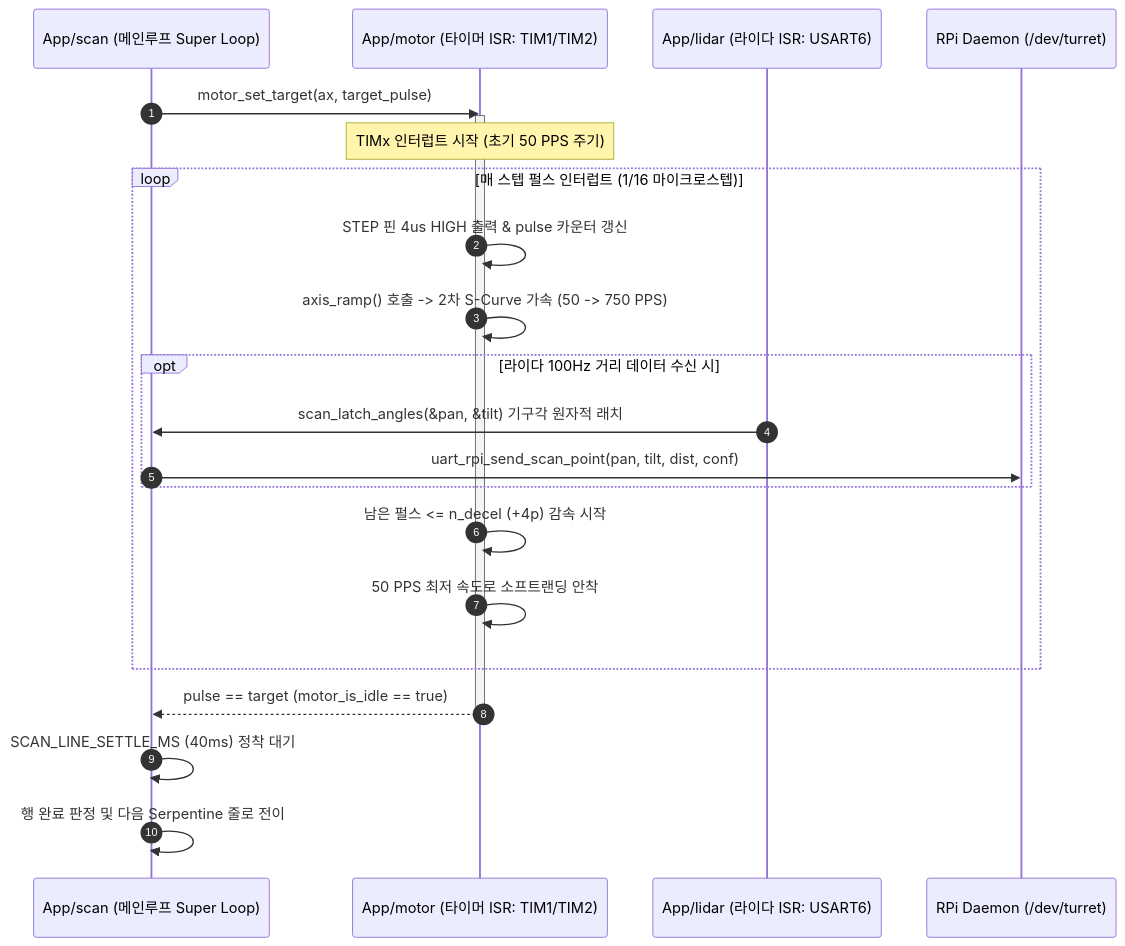
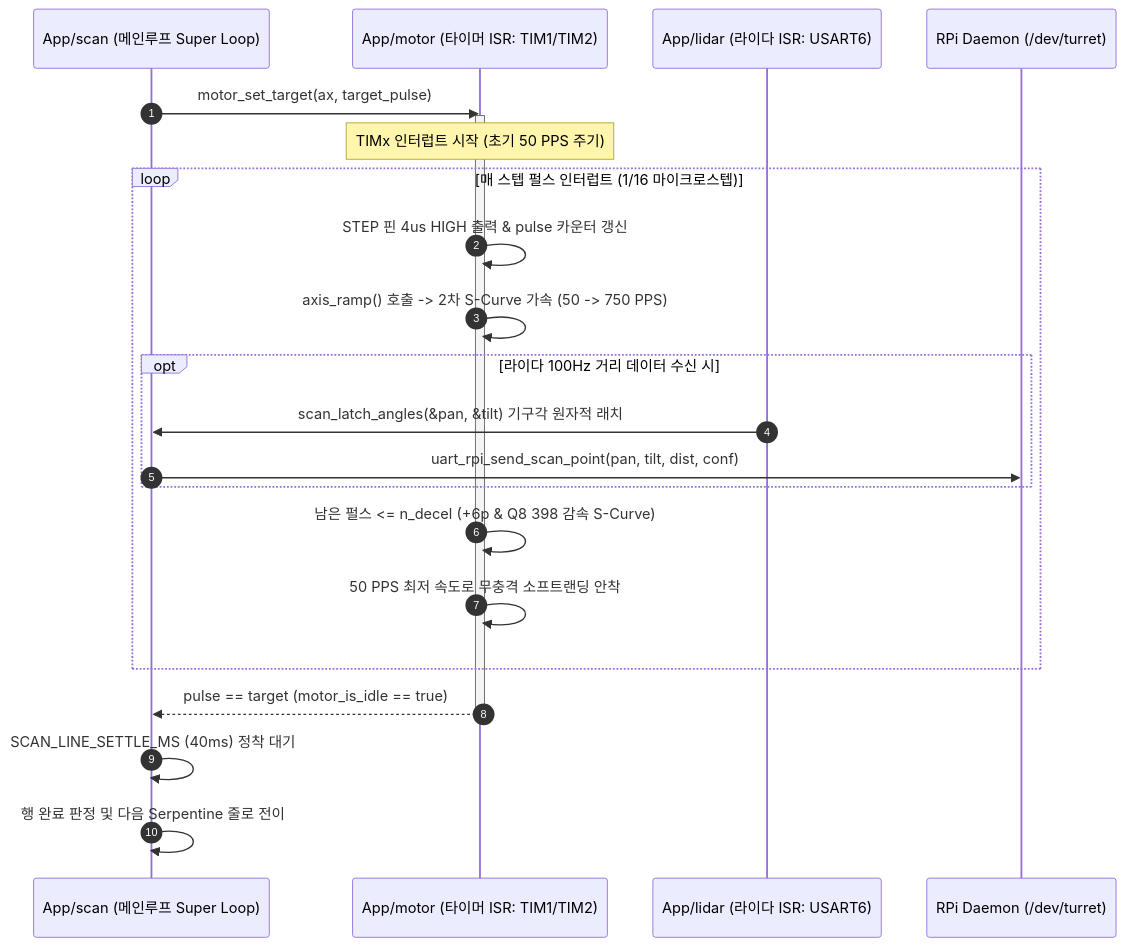
The second of 2 diagrams in components/stm32/motor.md (VEDA-4th-Oppenheimer/docs), drawn with Mermaid before and after one commit. The commit also changed other lines of this file, not shown here.

Commit message:
docs(stm32): update motor profile to Phase 5 symmetric S-curve 2100 PPS2 standard

````diff
--- a/components/stm32/motor.md
+++ b/components/stm32/motor.md
@@ -141,30 +146,30 @@
 ```mermaid
 sequenceDiagram
     autonumber
     participant Main as App/scan (메인루프 Super Loop)
     participant Motor as App/motor (타이머 ISR: TIM1/TIM2)
     participant Lidar as App/lidar (라이다 ISR: USART6)
     participant RPi as RPi Daemon (/dev/turret)
 
     Main->>Motor: motor_set_target(ax, target_pulse)
     activate Motor
     Note over Motor: TIMx 인터럽트 시작 (초기 50 PPS 주기)
 
     loop 매 스텝 펄스 인터럽트 (1/16 마이크로스텝)
         Motor->>Motor: STEP 핀 4us HIGH 출력 & pulse 카운터 갱신
         Motor->>Motor: axis_ramp() 호출 -> 2차 S-Curve 가속 (50 -> 750 PPS)
         
         opt 라이다 100Hz 거리 데이터 수신 시
             Lidar->>Main: scan_latch_angles(&pan, &tilt) 기구각 원자적 래치
             Main->>RPi: uart_rpi_send_scan_point(pan, tilt, dist, conf)
         end
 
-        Motor->>Motor: 남은 펄스 <= n_decel (+4p) 감속 시작
-        Motor->>Motor: 50 PPS 최저 속도로 소프트랜딩 안착
+        Motor->>Motor: 남은 펄스 <= n_decel (+6p & Q8 398 감속 S-Curve)
+        Motor->>Motor: 50 PPS 최저 속도로 무충격 소프트랜딩 안착
     end
 
     Motor-->>Main: pulse == target (motor_is_idle == true)
     deactivate Motor
     Main->>Main: SCAN_LINE_SETTLE_MS (40ms) 정착 대기
     Main->>Main: 행 완료 판정 및 다음 Serpentine 줄로 전이
 ```
````
